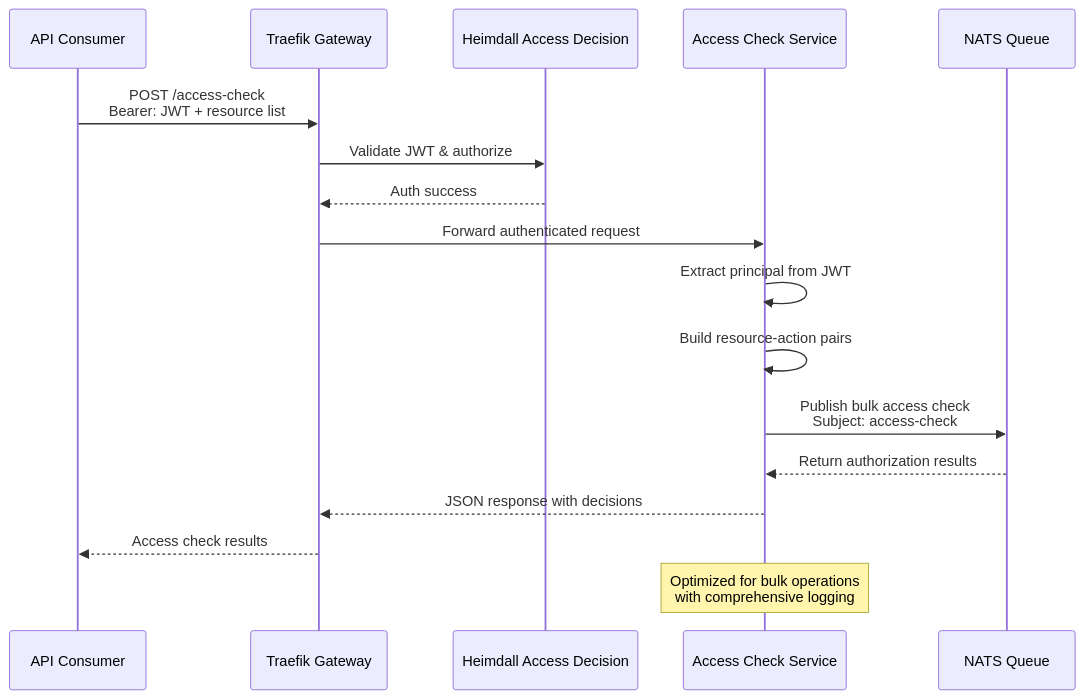
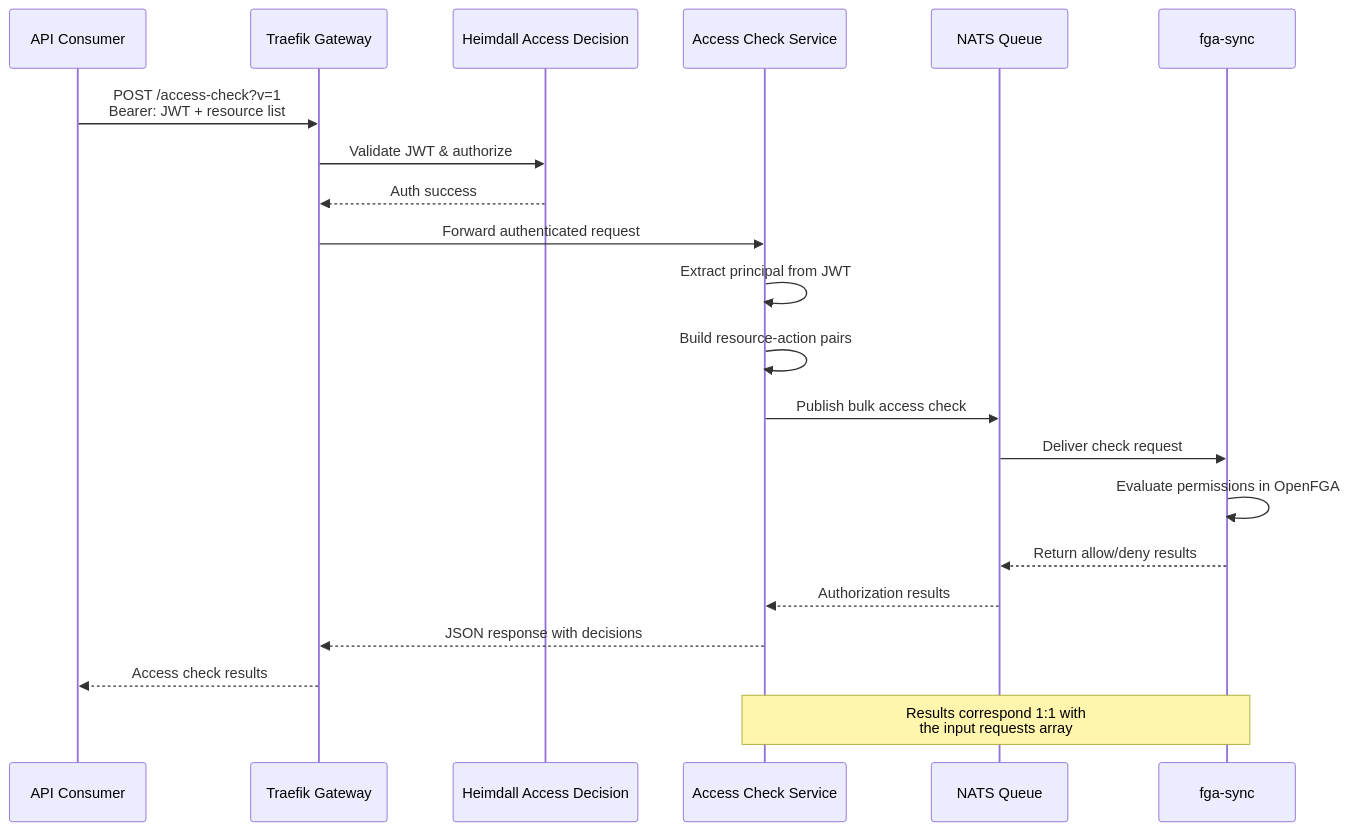
The second of 2 diagrams in README.md (linuxfoundation/lfx-v2-access-check), drawn with Mermaid before and after one commit. The commit also changed other lines of this file and 1 other file, not shown here.

````diff
--- a/README.md
+++ b/README.md
@@ -45,23 +49,28 @@
 ```mermaid
 sequenceDiagram
     participant Client as API Consumer
     participant Traefik as Traefik Gateway
     participant Heimdall as Heimdall Access Decision
     participant AccessCheck as Access Check Service
     participant NATS as NATS Queue
+    participant FGASync as fga-sync
 
-    Client->>Traefik: POST /access-check<br/>Bearer: JWT + resource list
+    Client->>Traefik: POST /access-check?v=1<br/>Bearer: JWT + resource list
     Traefik->>Heimdall: Validate JWT & authorize
     Heimdall-->>Traefik: Auth success
     Traefik->>AccessCheck: Forward authenticated request
-    
+
     AccessCheck->>AccessCheck: Extract principal from JWT
     AccessCheck->>AccessCheck: Build resource-action pairs
-    AccessCheck->>NATS: Publish bulk access check<br/>Subject: access-check
-    
-    NATS-->>AccessCheck: Return authorization results
+    AccessCheck->>NATS: Publish bulk access check
+
+    NATS->>FGASync: Deliver check request
+    FGASync->>FGASync: Evaluate permissions in OpenFGA
+    FGASync-->>NATS: Return allow/deny results
+
+    NATS-->>AccessCheck: Authorization results
     AccessCheck-->>Traefik: JSON response with decisions
     Traefik-->>Client: Access check results
 
-    Note over AccessCheck: Optimized for bulk operations<br/>with comprehensive logging
+    Note over AccessCheck,FGASync: Results correspond 1:1 with<br/>the input requests array
 ```
````
